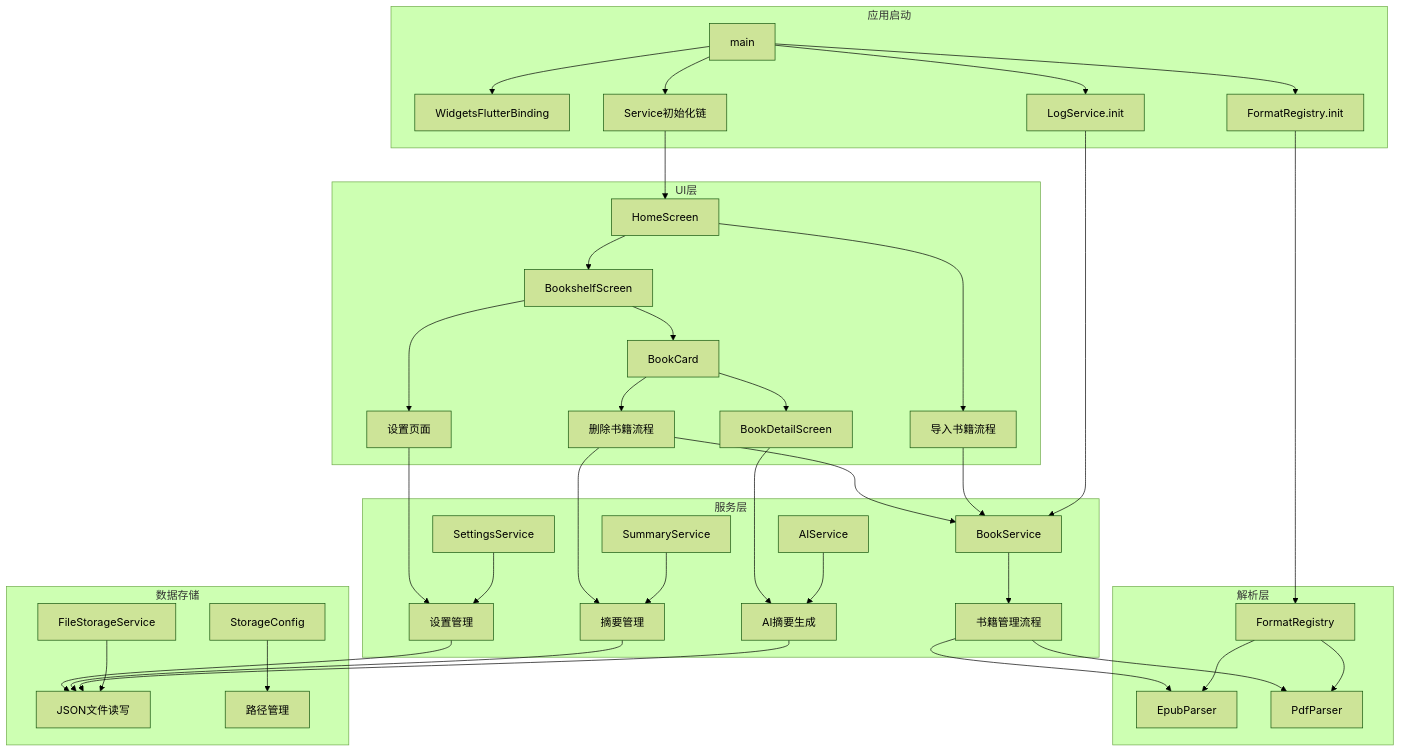
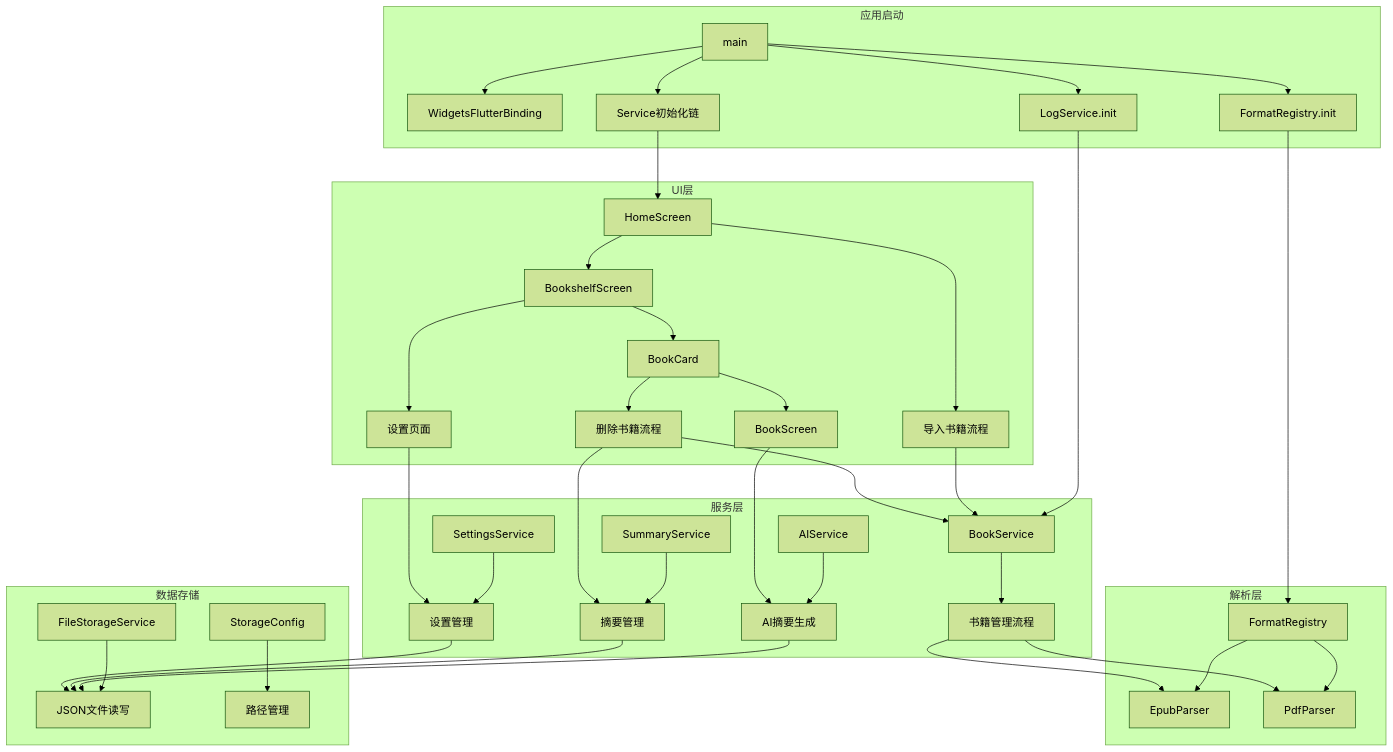
One commit to jjzhang2000/zhidu changed the seventh of 14 diagrams in docs/function_call_relationships.md. Above: the diagram before and after it, drawn with Mermaid (forest theme). The commit also changed other lines of this file and 30 other files, not shown here.

First line of the commit message:
refactor: 重命名 SummaryScreen 为 ChapterScreen，BookDetailScreen 为 BookScreen

````diff
--- a/docs/function_call_relationships.md
+++ b/docs/function_call_relationships.md
@@ -225,54 +225,54 @@
 ```mermaid
 graph TB
     subgraph "应用启动"
         A[main] --> B[WidgetsFlutterBinding]
         A --> C[LogService.init]
         A --> D[FormatRegistry.init]
         A --> E[Service初始化链]
     end
     
     subgraph "UI层"
         F[HomeScreen] --> G[BookshelfScreen]
         F --> H[导入书籍流程]
         G --> I[BookCard]
-        I --> J[BookDetailScreen]
+        I --> J[BookScreen]
         I --> K[删除书籍流程]
         G --> L[设置页面]
     end
     
     subgraph "服务层"
         M[BookService] --> N[书籍管理流程]
         O[AIService] --> P[AI摘要生成]
         Q[SummaryService] --> R[摘要管理]
         S[SettingsService] --> T[设置管理]
     end
     
     subgraph "解析层"
         U[FormatRegistry] --> V[EpubParser]
         U --> W[PdfParser]
     end
     
     subgraph "数据存储"
         X[FileStorageService] --> Y[JSON文件读写]
         Z[StorageConfig] --> AA[路径管理]
     end
     
     %% 连接启动流程到UI
     E --> F
     C --> M
     D --> U
     
     %% UI到服务调用
     H --> M
     J --> P
     K --> M
     K --> R
     L --> T
     
     %% 服务间调用
     N --> V
     N --> W
     P --> Y
     R --> Y
     T --> Y
 ```
````
